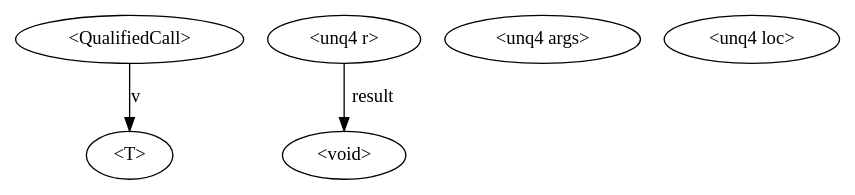
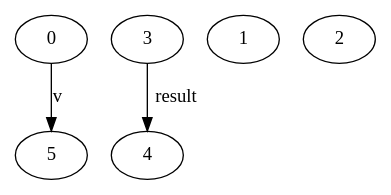
Before and after one commit to varivera/aliasing-java: the diagram in AliasingImpl/source/test.dot, drawn with Graphviz. The commit also changed 5 other files, not shown here.

```diff
--- a/AliasingImpl/source/test.dot
+++ b/AliasingImpl/source/test.dot
@@ -1,10 +1,10 @@
 digraph G {
 n0->n5 [label="v"]
-n0[label="<QualifiedCall>"]
-n5[label="<T>"]
+n0[label="0"]
+n5[label="5"]
 n3->n4 [label="result"]
-n3[label="<unq4 r>"]
-n4[label="<void>"]
-n1[label="<unq4 args>"]
-n2[label="<unq4 loc>"]
+n3[label="3"]
+n4[label="4"]
+n1[label="1"]
+n2[label="2"]
 }
```
